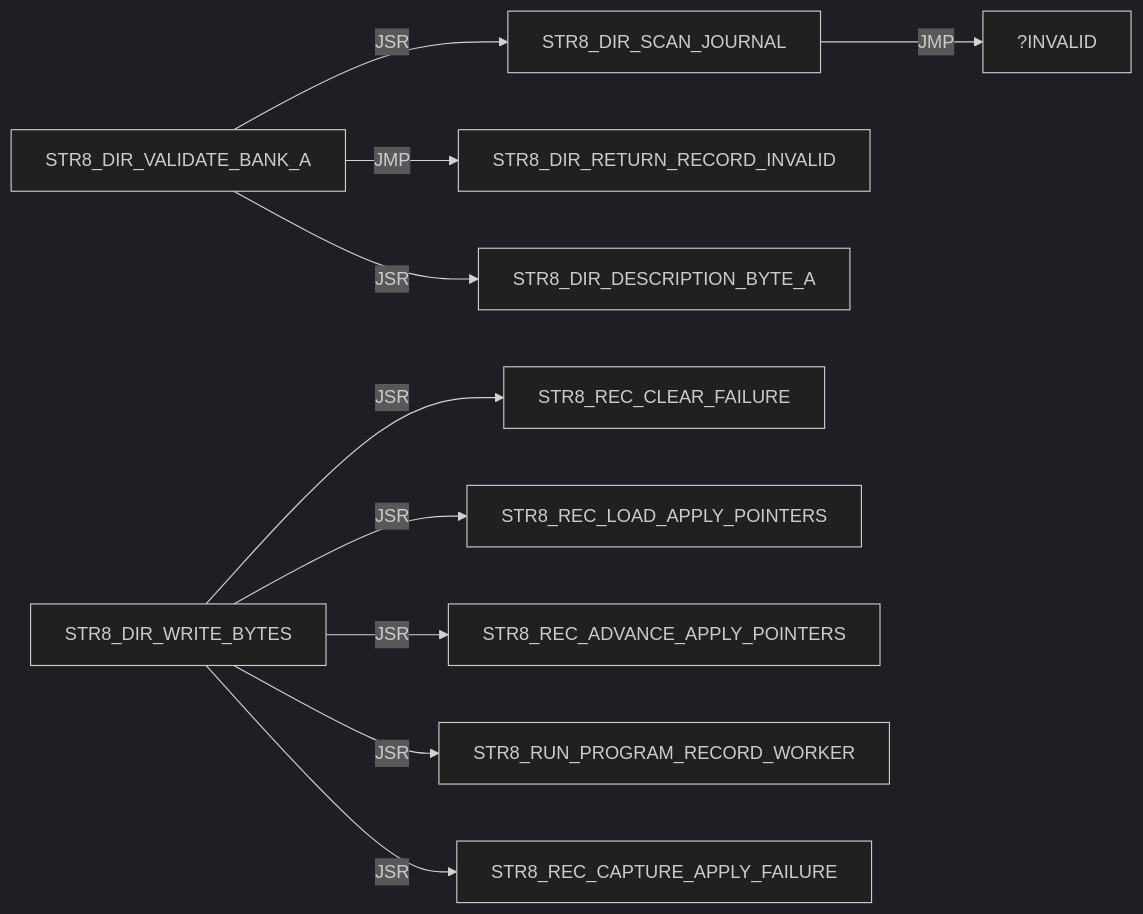
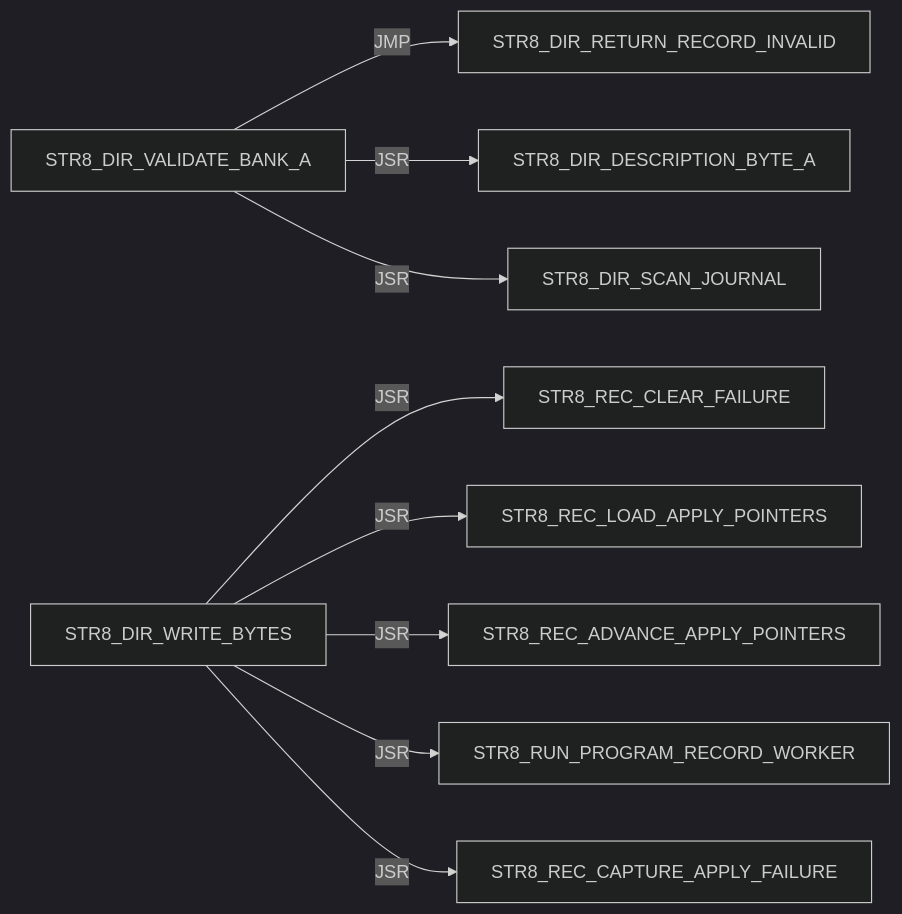
Before and after one commit to 95westus/R-YORS: diagram 11 of 41 in DOC/GUIDES/STR8/STR8_EDGE_DUMP.md, drawn with Mermaid (dark theme). The commit also changed other lines of this file and 17 other files, not shown here.

````diff
--- a/DOC/GUIDES/STR8/STR8_EDGE_DUMP.md
+++ b/DOC/GUIDES/STR8/STR8_EDGE_DUMP.md
@@ -153,12 +150,11 @@
 ```mermaid
 flowchart LR
-    N0["STR8_DIR_SCAN_JOURNAL"] -->|JMP| N1["?INVALID"]
-    N2["STR8_DIR_VALIDATE_BANK_A"] -->|JMP| N3["STR8_DIR_RETURN_RECORD_INVALID"]
-    N2["STR8_DIR_VALIDATE_BANK_A"] -->|JSR| N4["STR8_DIR_DESCRIPTION_BYTE_A"]
-    N2["STR8_DIR_VALIDATE_BANK_A"] -->|JSR| N0["STR8_DIR_SCAN_JOURNAL"]
-    N5["STR8_DIR_WRITE_BYTES"] -->|JSR| N6["STR8_REC_CLEAR_FAILURE"]
-    N5["STR8_DIR_WRITE_BYTES"] -->|JSR| N7["STR8_REC_LOAD_APPLY_POINTERS"]
-    N5["STR8_DIR_WRITE_BYTES"] -->|JSR| N8["STR8_REC_ADVANCE_APPLY_POINTERS"]
-    N5["STR8_DIR_WRITE_BYTES"] -->|JSR| N9["STR8_RUN_PROGRAM_RECORD_WORKER"]
-    N5["STR8_DIR_WRITE_BYTES"] -->|JSR| N10["STR8_REC_CAPTURE_APPLY_FAILURE"]
+    N0["STR8_DIR_VALIDATE_BANK_A"] -->|JMP| N1["STR8_DIR_RETURN_RECORD_INVALID"]
+    N0["STR8_DIR_VALIDATE_BANK_A"] -->|JSR| N2["STR8_DIR_DESCRIPTION_BYTE_A"]
+    N0["STR8_DIR_VALIDATE_BANK_A"] -->|JSR| N3["STR8_DIR_SCAN_JOURNAL"]
+    N4["STR8_DIR_WRITE_BYTES"] -->|JSR| N5["STR8_REC_CLEAR_FAILURE"]
+    N4["STR8_DIR_WRITE_BYTES"] -->|JSR| N6["STR8_REC_LOAD_APPLY_POINTERS"]
+    N4["STR8_DIR_WRITE_BYTES"] -->|JSR| N7["STR8_REC_ADVANCE_APPLY_POINTERS"]
+    N4["STR8_DIR_WRITE_BYTES"] -->|JSR| N8["STR8_RUN_PROGRAM_RECORD_WORKER"]
+    N4["STR8_DIR_WRITE_BYTES"] -->|JSR| N9["STR8_REC_CAPTURE_APPLY_FAILURE"]
 ```
````
